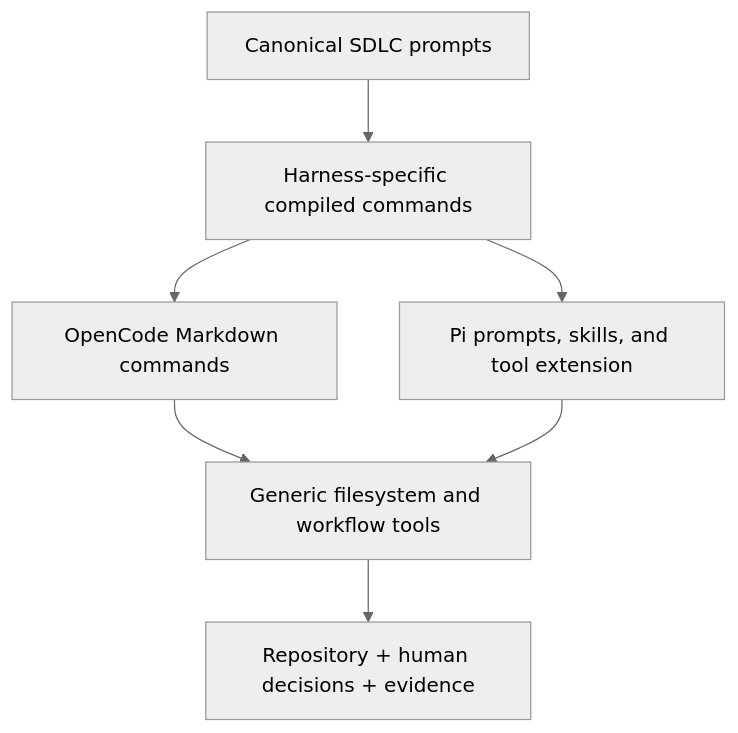
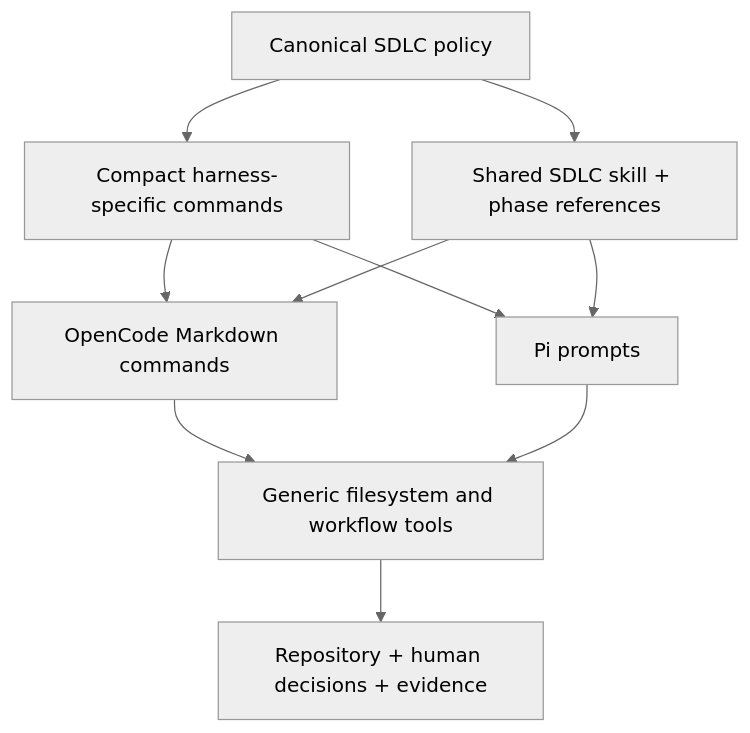
Before and after one commit to dragoscirjan/harnessctl-v2: the first of 2 diagrams in README.md, drawn with Mermaid (neutral theme). The commit also changed other lines of this file and 100 other files, not shown here.

Commit message:
feat: compact SDLC prompts and expand quality checks

````diff
--- a/README.md
+++ b/README.md
@@ -36,11 +36,14 @@
 ```mermaid
 flowchart TD
     accTitle: harnessctl product layers
-    accDescr: Canonical prompts compile into harness-specific commands that use generic tools to produce human-governed repository records and evidence.
-    prompts[Canonical SDLC prompts] --> commands[Harness-specific compiled commands]
+    accDescr: Canonical SDLC policy compiles into compact harness commands and a progressively disclosed skill tree that use generic tools to produce human-governed repository records and evidence.
+    policy[Canonical SDLC policy] --> commands[Compact harness-specific commands]
+    policy --> skill[Shared SDLC skill + phase references]
     commands --> opencode[OpenCode Markdown commands]
-    commands --> pi[Pi prompts, skills, and tool extension]
+    commands --> pi[Pi prompts]
+    skill --> opencode
+    skill --> pi
     opencode --> tools[Generic filesystem and workflow tools]
     pi --> tools
     tools --> record[Repository + human decisions + evidence]
 ```
````
